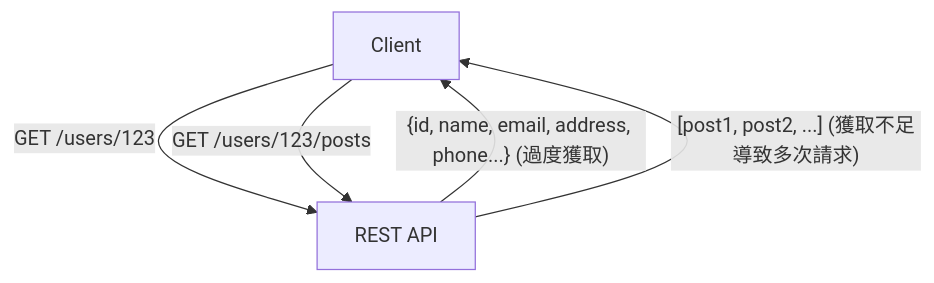
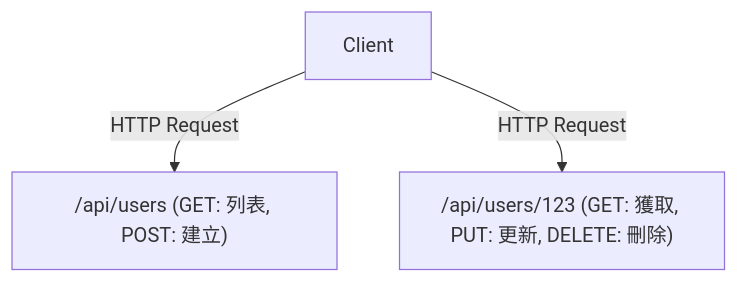
Before and after one commit to kenjinote/blog: the diagram in content/post/graphql-vs-rest-api-design/index.zh-tw.md, drawn with Mermaid. The commit also changed other lines of this file and 69 other files, not shown here.

````diff
--- a/content/post/graphql-vs-rest-api-design/index.zh-tw.md
+++ b/content/post/graphql-vs-rest-api-design/index.zh-tw.md
@@ -47,7 +22,8 @@
 ```mermaid
-graph TD
-    A["Client"] -- "GET /users/123" --> B["REST API"]
-    B -- "{id, name, email, address, phone...} (過度獲取)" --> A
-    A -- "GET /users/123/posts" --> B
-    B -- "[post1, post2, ...] (獲取不足導致多次請求)" --> A
+flowchart TD
+    Client["Client"]
+    Users["/api/users (GET: 列表, POST: 建立)"]
+    UserItem["/api/users/123 (GET: 獲取, PUT: 更新, DELETE: 刪除)"]
+    Client -- "HTTP Request" --> Users
+    Client -- "HTTP Request" --> UserItem
 ```
````
